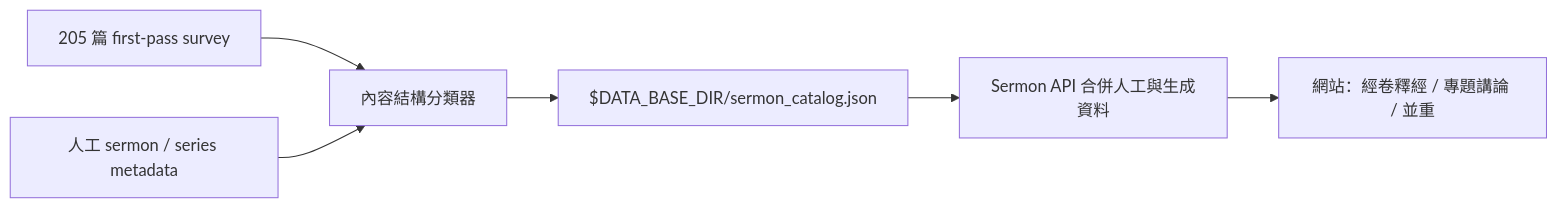
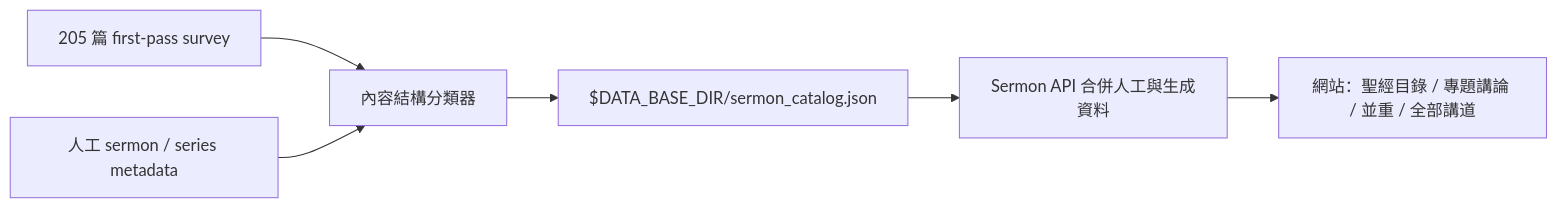
One commit to junyang168/smart-answer changed the diagram in docs/wang-knowledge-platform/sermon_catalog_ingestion.md. Above: the diagram before and after it, drawn with Mermaid. The commit also changed other lines of this file and 1 other file, not shown here.

````diff
--- a/docs/wang-knowledge-platform/sermon_catalog_ingestion.md
+++ b/docs/wang-knowledge-platform/sermon_catalog_ingestion.md
@@ -25,8 +31,8 @@
 ```mermaid
 flowchart LR
     A["205 篇 first-pass survey"] --> C["內容結構分類器"]
     B["人工 sermon / series metadata"] --> C
     C --> D["$DATA_BASE_DIR/sermon_catalog.json"]
     D --> E["Sermon API 合併人工與生成資料"]
-    E --> F["網站：經卷釋經 / 專題講論 / 並重"]
+    E --> F["網站：聖經目錄 / 專題講論 / 並重 / 全部講道"]
 ```
````
